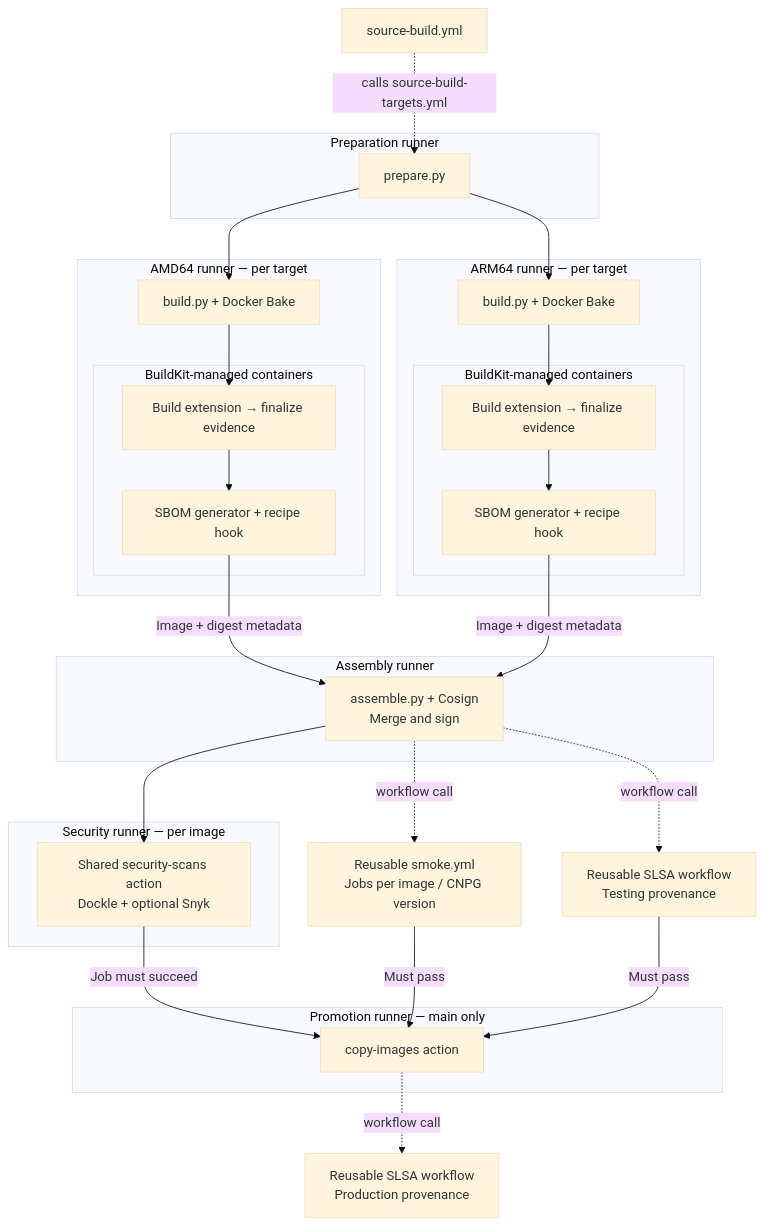
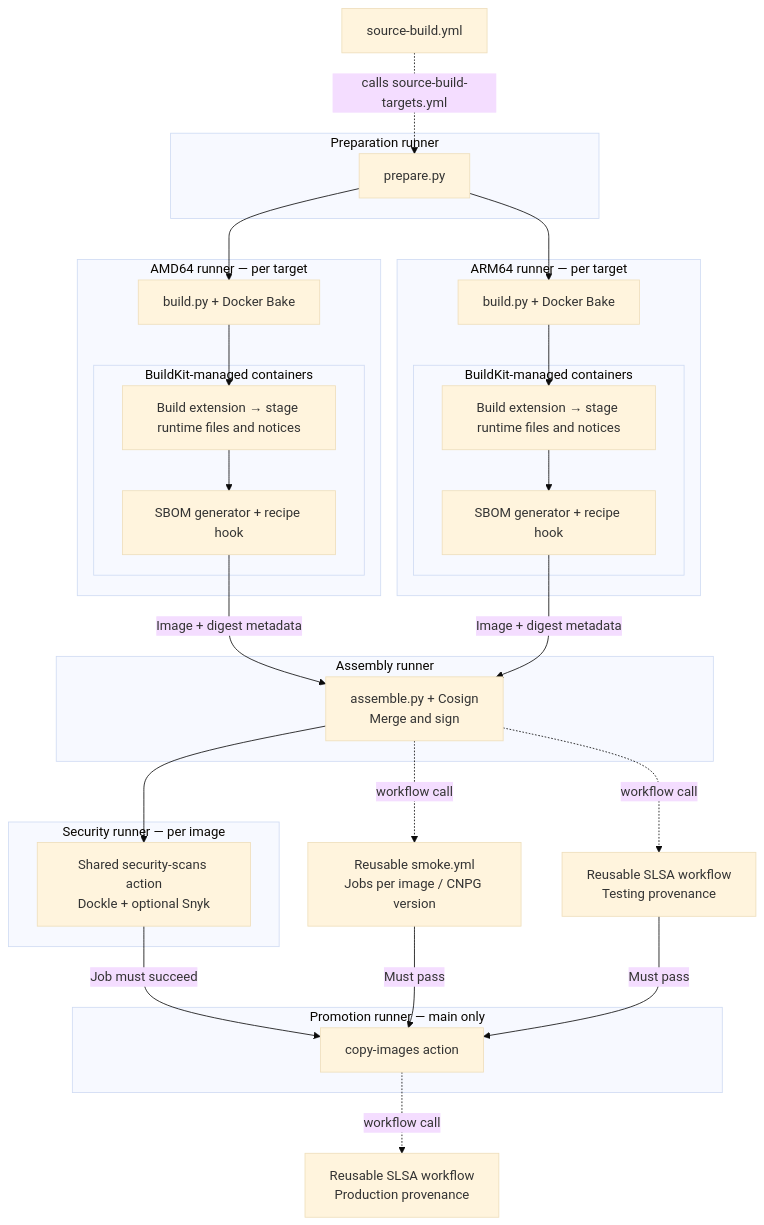
One commit to cnpg-extensions/postgres-extensions-containers changed the diagram in source-build/README.md. Above: the diagram before and after it, drawn with Mermaid (base theme). The commit also changed other lines of this file and 18 other files, not shown here.

````diff
--- a/source-build/README.md
+++ b/source-build/README.md
@@ -25,57 +25,57 @@
 ```mermaid
 flowchart TD
     Entry["source-build.yml"] -. "calls source-build-targets.yml" .-> Prepare
 
     subgraph PrepRunner["Preparation runner"]
         Prepare["prepare.py"]
     end
 
     subgraph AMD["AMD64 runner — per target"]
         AB["build.py + Docker Bake"]
         subgraph AC["BuildKit-managed containers"]
-            AX["Build extension → finalize evidence"]
+            AX["Build extension → stage runtime files and notices"]
             AG["SBOM generator + recipe hook"]
             AX --> AG
         end
         AB --> AX
     end
 
     subgraph ARM["ARM64 runner — per target"]
         RB["build.py + Docker Bake"]
         subgraph RC["BuildKit-managed containers"]
-            RX["Build extension → finalize evidence"]
+            RX["Build extension → stage runtime files and notices"]
             RG["SBOM generator + recipe hook"]
             RX --> RG
         end
         RB --> RX
     end
 
     subgraph Assembly["Assembly runner"]
         Assemble["assemble.py + Cosign<br/>Merge and sign"]
     end
 
     subgraph Security["Security runner — per image"]
         Scan["Shared security-scans action<br/>Dockle + optional Snyk"]
     end
 
     Smoke["Reusable smoke.yml<br/>Jobs per image / CNPG version"]
     SLSA["Reusable SLSA workflow<br/>Testing provenance"]
 
     subgraph Promotion["Promotion runner — main only"]
         Promote["copy-images action"]
     end
 
     ProdSLSA["Reusable SLSA workflow<br/>Production provenance"]
 
     Prepare --> AB
     Prepare --> RB
     AG -->|"Image + digest metadata"| Assemble
     RG -->|"Image + digest metadata"| Assemble
     Assemble --> Scan
     Assemble -. "workflow call" .-> Smoke
     Assemble -. "workflow call" .-> SLSA
     Scan -->|"Job must succeed"| Promote
     Smoke -->|"Must pass"| Promote
     SLSA -->|"Must pass"| Promote
     Promote -. "workflow call" .-> ProdSLSA
 ```
````
